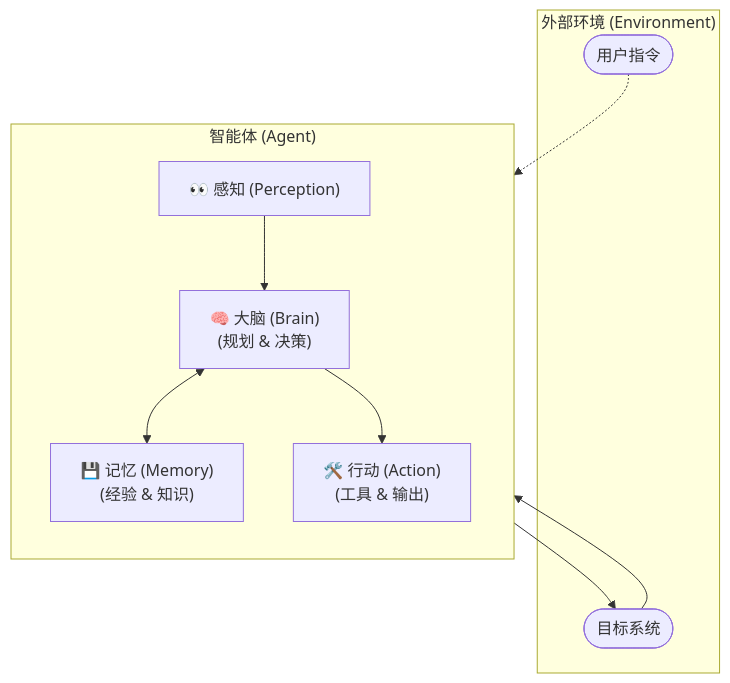
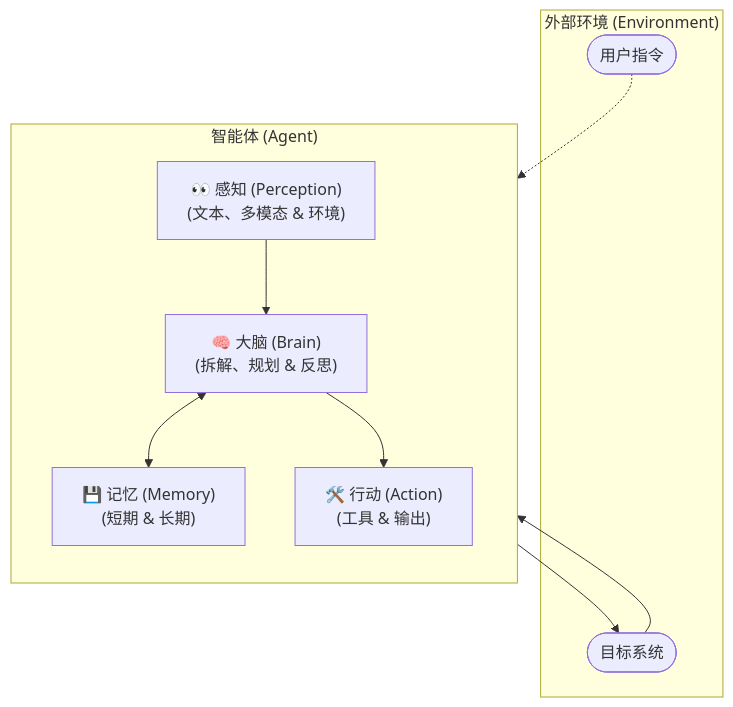
Before and after one commit to yeasy/agentic_ai_guide: the diagram in 01_paradigm/1.3_components.md, drawn with Mermaid. The commit also changed other lines of this file and 2 other files, not shown here.

Commit message:
Update words

````diff
--- a/01_paradigm/1.3_components.md
+++ b/01_paradigm/1.3_components.md
@@ -11,23 +11,23 @@
 ```mermaid
 graph TD
     subgraph Environment["外部环境 (Environment)"]
         User(["用户指令"])
         System(["目标系统"])
     end
 
     subgraph Agent["智能体 (Agent)"]
         direction TB
-        Perception["👀 感知 (Perception)"]
-        Brain["🧠 大脑 (Brain)<br/>(规划 & 决策)"]
-        Memory["💾 记忆 (Memory)<br/>(经验 & 知识)"]
+        Perception["👀 感知 (Perception)<br/>(文本、多模态 & 环境)"]
+        Brain["🧠 大脑 (Brain)<br/>(拆解、规划 & 反思)"]
+        Memory["💾 记忆 (Memory)<br/>(短期 & 长期)"]
         Action["🛠️ 行动 (Action)<br/>(工具 & 输出)"]
         
         Perception --> Brain
         Brain <--> Memory
         Brain --> Action
     end
 
     User -.-> Perception
     System --> Perception
     Action --> System
 ```
````
